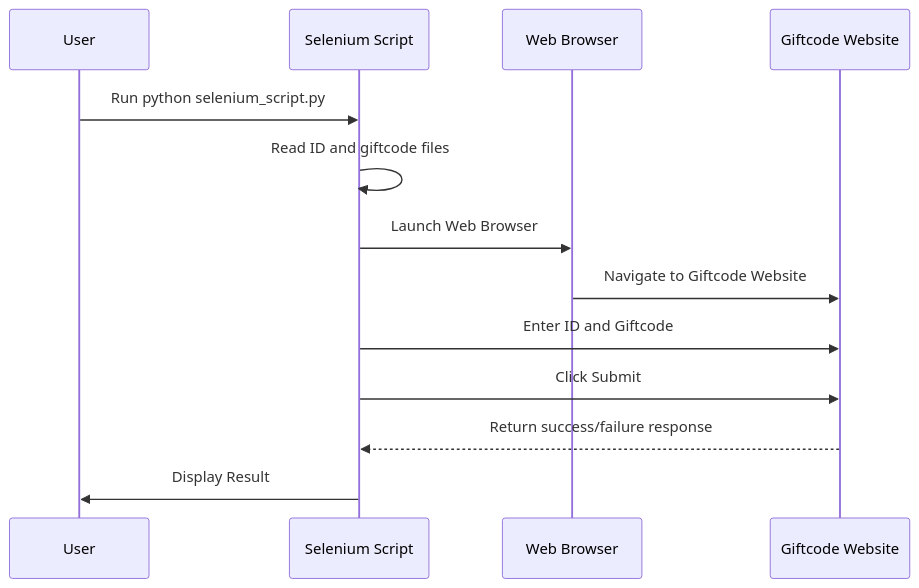
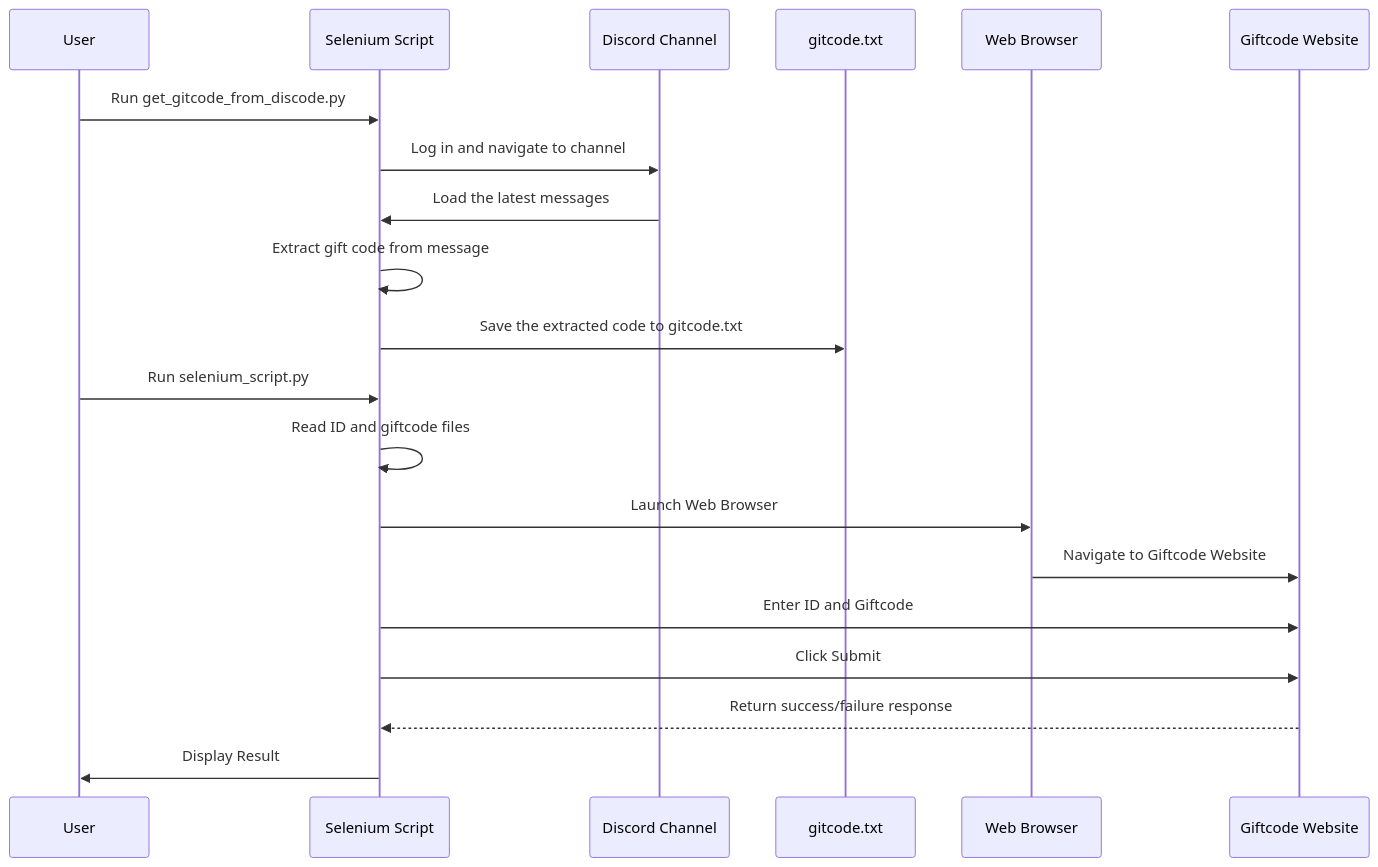
The diagram in README.md (oonisidesu/git_code_selenium), drawn with Mermaid before and after one commit. The commit also changed other lines of this file, not shown here.

````diff
--- a/README.md
+++ b/README.md
@@ -74,16 +98,24 @@
 ```mermaid
 sequenceDiagram
     participant User
     participant Script as Selenium Script
+    participant Discord as Discord Channel
+    participant File as gitcode.txt
     participant Browser as Web Browser
     participant Website as Giftcode Website
 
-    User->>Script: Run python selenium_script.py
+    User->>Script: Run get_gitcode_from_discode.py
+    Script->>Discord: Log in and navigate to channel
+    Discord->>Script: Load the latest messages
+    Script->>Script: Extract gift code from message
+    Script->>File: Save the extracted code to gitcode.txt
+
+    User->>Script: Run selenium_script.py
     Script->>Script: Read ID and giftcode files
     Script->>Browser: Launch Web Browser
     Browser->>Website: Navigate to Giftcode Website
     Script->>Website: Enter ID and Giftcode
     Script->>Website: Click Submit
     Website-->>Script: Return success/failure response
     Script->>User: Display Result
 ```
````
